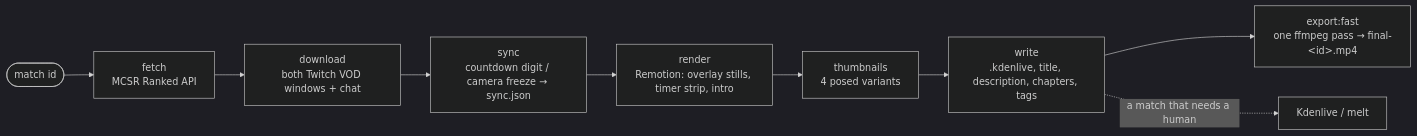
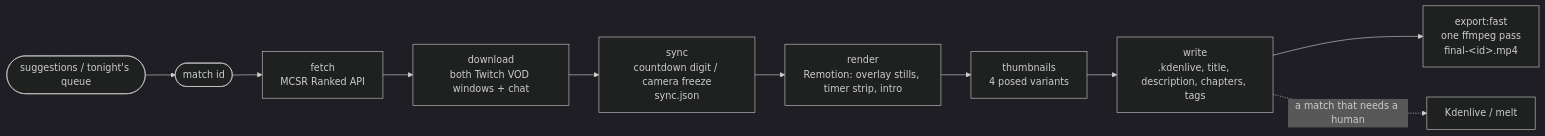
Before and after one commit to Tymonoman/mcsr-vid: the first of 2 diagrams in README.md, drawn with Mermaid (dark theme). The commit also changed other lines of this file and 9 other files, not shown here.

````diff
--- a/README.md
+++ b/README.md
@@ -23,11 +29,12 @@
 ```mermaid
 flowchart LR
-  match(["match id"]) --> fetch["fetch<br/>MCSR Ranked API"]
+  pickm(["suggestions / tonight's queue"]) --> match(["match id"])
+  match --> fetch["fetch<br/>MCSR Ranked API"]
   fetch --> dl["download<br/>both Twitch VOD windows + chat"]
-  dl --> sync["sync<br/>countdown digit / camera freeze → sync.json"]
+  dl --> sync["sync<br/>countdown digit / camera freeze<br/>sync.json"]
   sync --> render["render<br/>Remotion: overlay stills, timer strip, intro"]
   render --> thumbs["thumbnails<br/>4 posed variants"]
   thumbs --> write["write<br/>.kdenlive, title, description, chapters, tags"]
-  write --> fast["export:fast<br/>one ffmpeg pass → final-#lt;id#gt;.mp4"]
+  write --> fast["export:fast<br/>one ffmpeg pass<br/>final-#lt;id#gt;.mp4"]
   write -.->|"a match that needs a human"| kden["Kdenlive / melt"]
 ```
````
